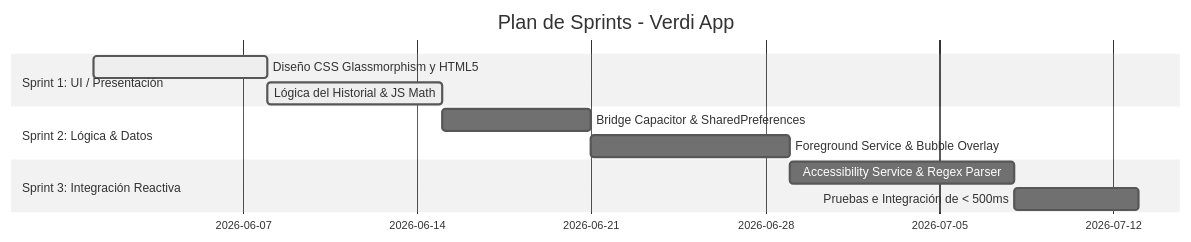
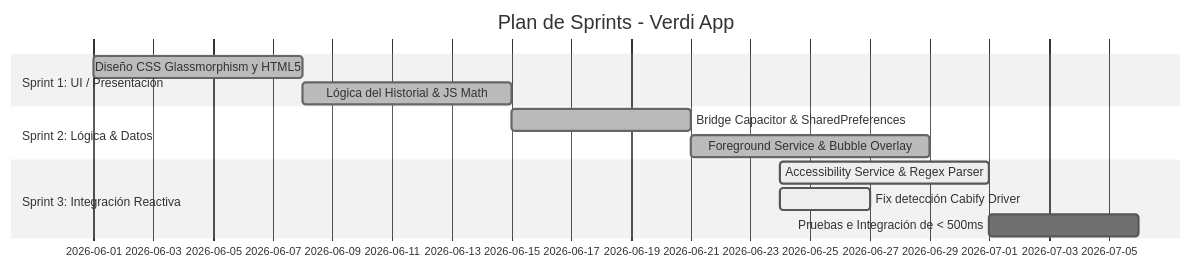
The second of 2 diagrams in README.md (JorgeFreire95/Verdi), drawn with Mermaid (neutral theme) before and after one commit. The commit also changed other lines of this file and 2 other files, not shown here.

````diff
--- a/README.md
+++ b/README.md
@@ -86,14 +86,15 @@
 ```mermaid
 gantt
     title Plan de Sprints - Verdi App
     dateFormat  YYYY-MM-DD
     section Sprint 1: UI / Presentación
-    Diseño CSS Glassmorphism y HTML5    :active, s1, 2026-06-01, 7d
-    Lógica del Historial & JS Math      :active, s2, after s1, 7d
+    Diseño CSS Glassmorphism y HTML5    :done, s1, 2026-06-01, 7d
+    Lógica del Historial & JS Math      :done, s2, after s1, 7d
     section Sprint 2: Lógica & Datos
-    Bridge Capacitor & SharedPreferences :s3, 2026-06-15, 6d
-    Foreground Service & Bubble Overlay  :s4, after s3, 8d
+    Bridge Capacitor & SharedPreferences :done, s3, 2026-06-15, 6d
+    Foreground Service & Bubble Overlay  :done, s4, after s3, 8d
     section Sprint 3: Integración Reactiva
-    Accessibility Service & Regex Parser :s5, 2026-06-29, 9d
-    Pruebas e Integración de < 500ms     :s6, after s5, 5d
+    Accessibility Service & Regex Parser :active, s5, 2026-06-24, 7d
+    Fix detección Cabify Driver          :active, s6, 2026-06-24, 3d
+    Pruebas e Integración de < 500ms     :s7, after s5, 5d
 ```
````
